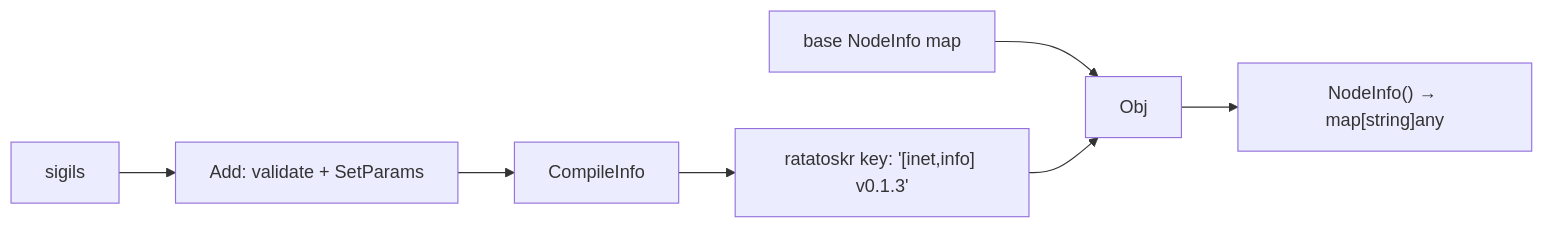
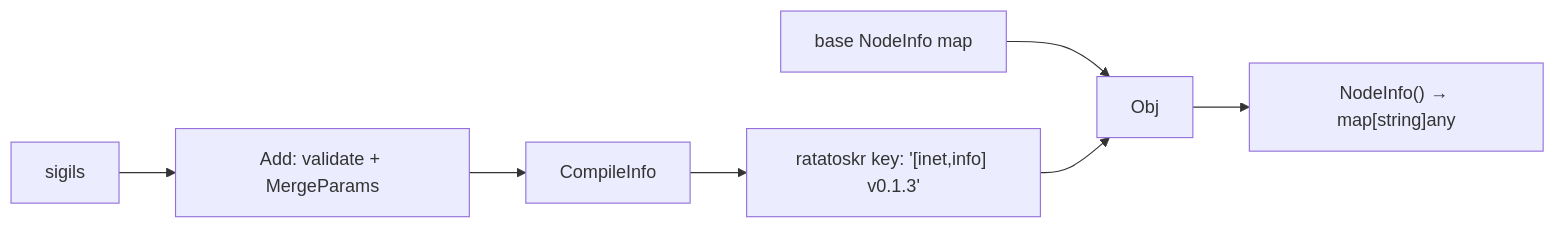
One commit to voluminor/ratatoskr changed the diagram in mod/sigils/sigil_core/README.md. Above: the diagram before and after it, drawn with Mermaid. The commit also changed other lines of this file and 69 other files, not shown here.

````diff
--- a/mod/sigils/sigil_core/README.md
+++ b/mod/sigils/sigil_core/README.md
@@ -59,11 +60,11 @@
 ```mermaid
 flowchart LR
     base["base NodeInfo map"]
     sg["sigils"]
     base --> Obj
-    sg --> Add["Add: validate + SetParams"]
+    sg --> Add["Add: validate + MergeParams"]
     Add --> compile["CompileInfo"]
     compile --> meta["ratatoskr key: '[inet,info] v0.1.3'"]
     meta --> Obj
     Obj --> NodeInfo["NodeInfo() → map[string]any"]
 ```
````
